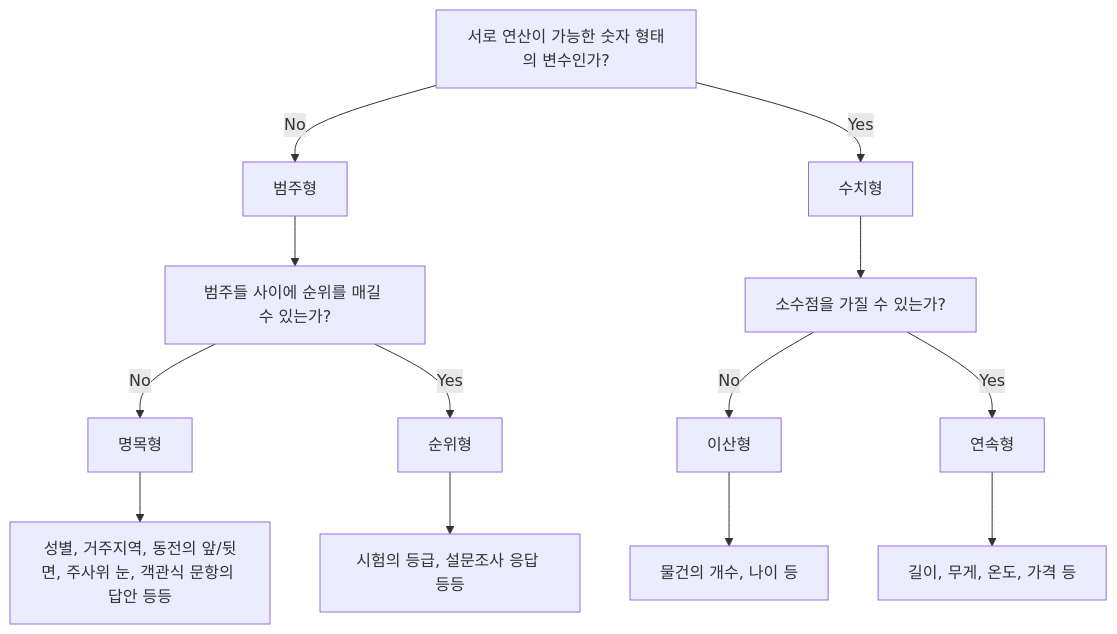
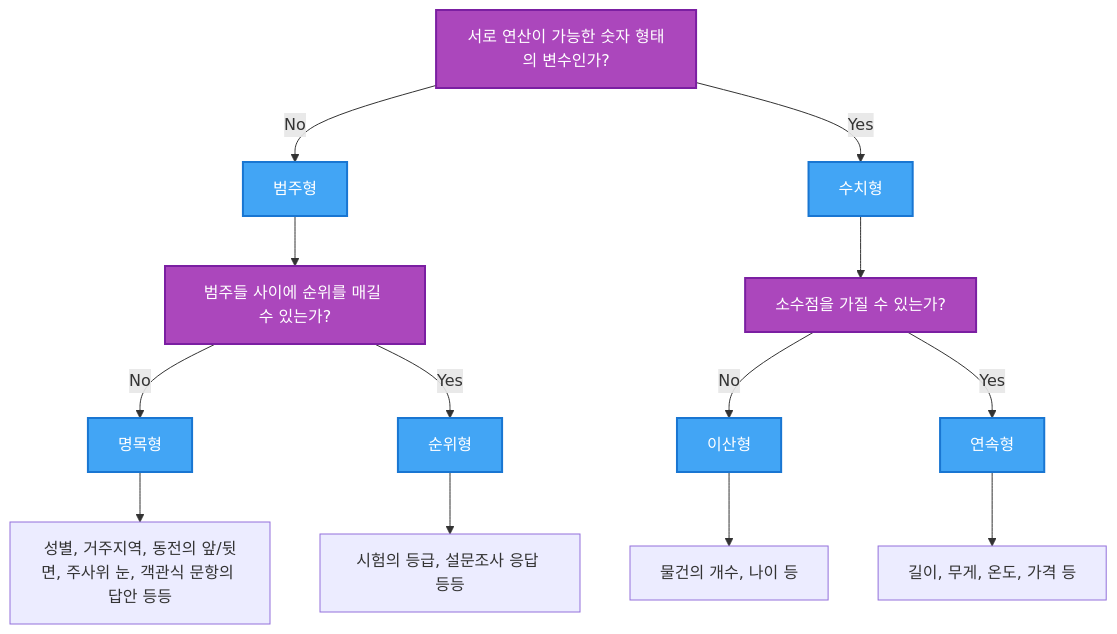
Before and after one commit to yuiyeong/yuiyeong.github.io: the diagram in _posts/2025-04-24-what-is-the-machine-learning.md, drawn with Mermaid. The commit also changed other lines of this file, not shown here.

Commit message:
feat: Update a Post About Basic Machine Learning

````diff
--- a/_posts/2025-04-24-what-is-the-machine-learning.md
+++ b/_posts/2025-04-24-what-is-the-machine-learning.md
@@ -354,22 +352,36 @@
 ```mermaid
 flowchart TD
-    A[서로 연산이 가능한 숫자 형태의 변수인가?] -->|No| B[범주형]
-    A -->|Yes| C[수치형]
-    
-    B --> D[범주들 사이에 순위를 매길 수 있는가?]
-    C --> E[소수점을 가질 수 있는가?]
-    
-    D -->|No| F[명목형]
-    D -->|Yes| G[순위형]
-    
-    E -->|No| H[이산형]
-    E -->|Yes| I[연속형]
-    
-    F --> F1[성별, 거주지역, 동전의 앞/뒷면, 주사위 눈, 객관식 문항의 답안 등등]
-    
-    G --> G1[시험의 등급, 설문조사 응답 등등]
-    
-    H --> H1[물건의 개수, 나이 등]
-    
-    I --> I1[길이, 무게, 온도, 가격 등]
+	A[서로 연산이 가능한 숫자 형태의 변수인가?] -->|No| B[범주형]
+	
+	A -->|Yes| C[수치형]
+	
+	B --> D[범주들 사이에 순위를 매길 수 있는가?]
+	
+	C --> E[소수점을 가질 수 있는가?]
+	
+	D -->|No| F[명목형]
+	
+	D -->|Yes| G[순위형]
+	
+	E -->|No| H[이산형]
+	
+	E -->|Yes| I[연속형]
+	
+	F --> F1[성별, 거주지역, 동전의 앞/뒷면, 주사위 눈, 객관식 문항의 답안 등등]
+	
+	G --> G1[시험의 등급, 설문조사 응답 등등]
+	
+	H --> H1[물건의 개수, 나이 등]
+	
+	I --> I1[길이, 무게, 온도, 가격 등]
+	
+	%% 스타일 적용
+	
+	classDef queue fill:#42a5f5,stroke:#1976d2,stroke-width:2px,color:white;
+	
+	classDef decision fill:#ab47bc,stroke:#7b1fa2,stroke-width:2px,color:white;
+	
+	class A,D,E decision;
+	
+	class B,C,F,G,H,I queue;
 ```
````
